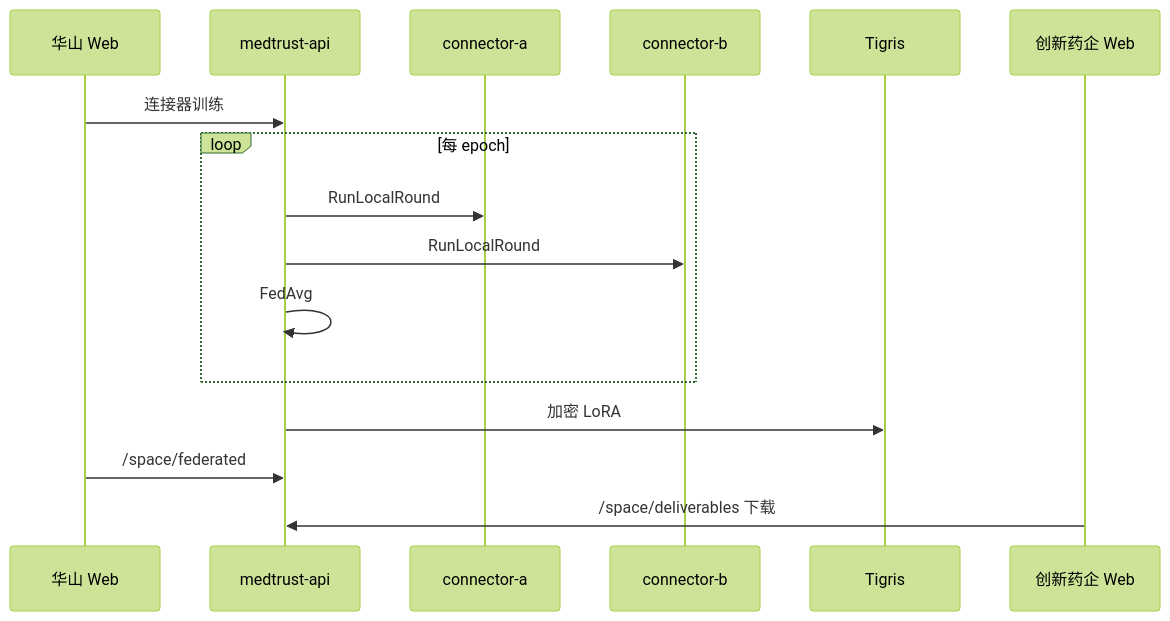
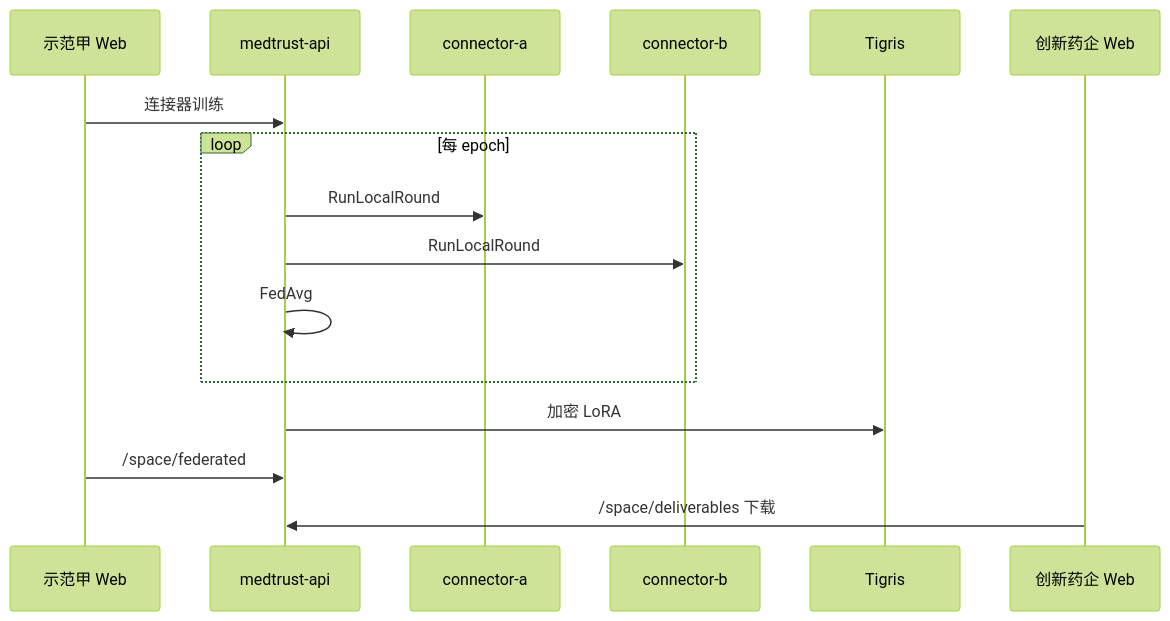
The diagram in docs/demo/federated-e2e-test.md (shygoly/medtrust), drawn with Mermaid (forest theme) before and after one commit. The commit also changed other lines of this file and 994 other files, not shown here.

````diff
--- a/docs/demo/federated-e2e-test.md
+++ b/docs/demo/federated-e2e-test.md
@@ -160,19 +160,19 @@
 ```mermaid
 sequenceDiagram
-  participant P as 华山 Web
+  participant P as 示范甲 Web
   participant API as medtrust-api
   participant A as connector-a
   participant B as connector-b
   participant T as Tigris
   participant C as 创新药企 Web
 
   P->>API: 连接器训练
   loop 每 epoch
     API->>A: RunLocalRound
     API->>B: RunLocalRound
     API->>API: FedAvg
   end
   API->>T: 加密 LoRA
   P->>API: /space/federated
   C->>API: /space/deliverables 下载
 ```
````
